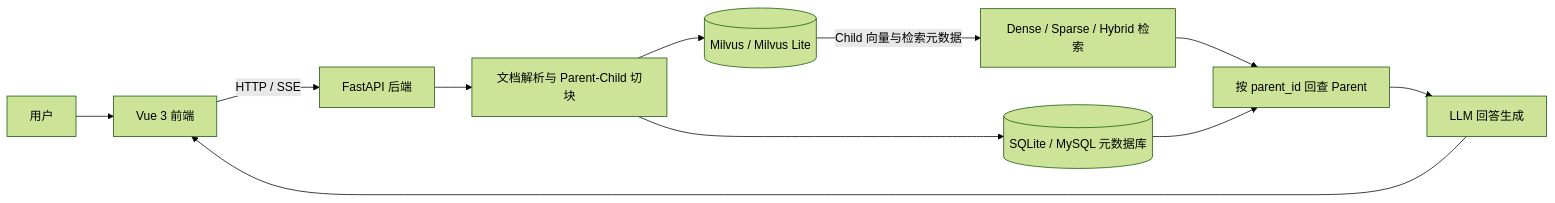
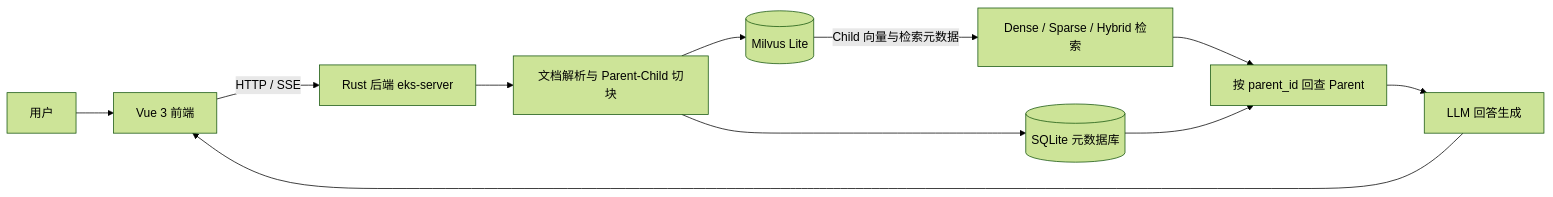
The second of 2 diagrams in README.md (GuLu37/Enterprise-Knowledge-System), drawn with Mermaid (forest theme) before and after one commit. The commit also changed other lines of this file and 2 other files, not shown here.

````diff
--- a/README.md
+++ b/README.md
@@ -114,13 +114,13 @@
 ```mermaid
 flowchart LR
     U[用户] --> F[Vue 3 前端]
-    F -->|HTTP / SSE| A[FastAPI 后端]
+    F -->|HTTP / SSE| A[Rust 后端 eks-server]
     A --> I[文档解析与 Parent-Child 切块]
-    I --> S[(SQLite / MySQL 元数据库)]
-    I --> M[(Milvus / Milvus Lite)]
+    I --> S[(SQLite 元数据库)]
+    I --> M[(Milvus Lite)]
     M -->|Child 向量与检索元数据| R[Dense / Sparse / Hybrid 检索]
     R --> P[按 parent_id 回查 Parent]
     S --> P
     P --> L[LLM 回答生成]
     L --> F
 ```
````
